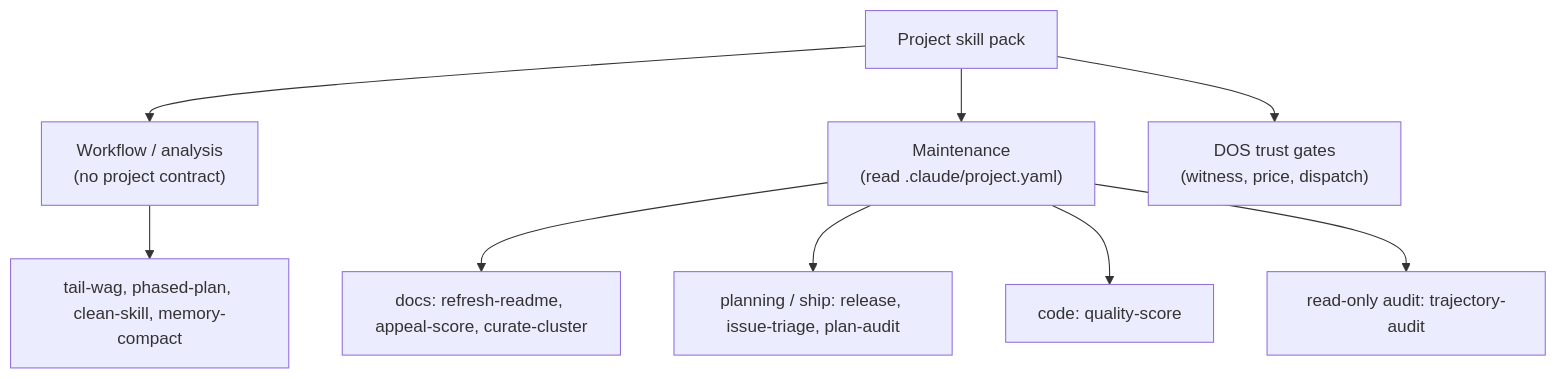
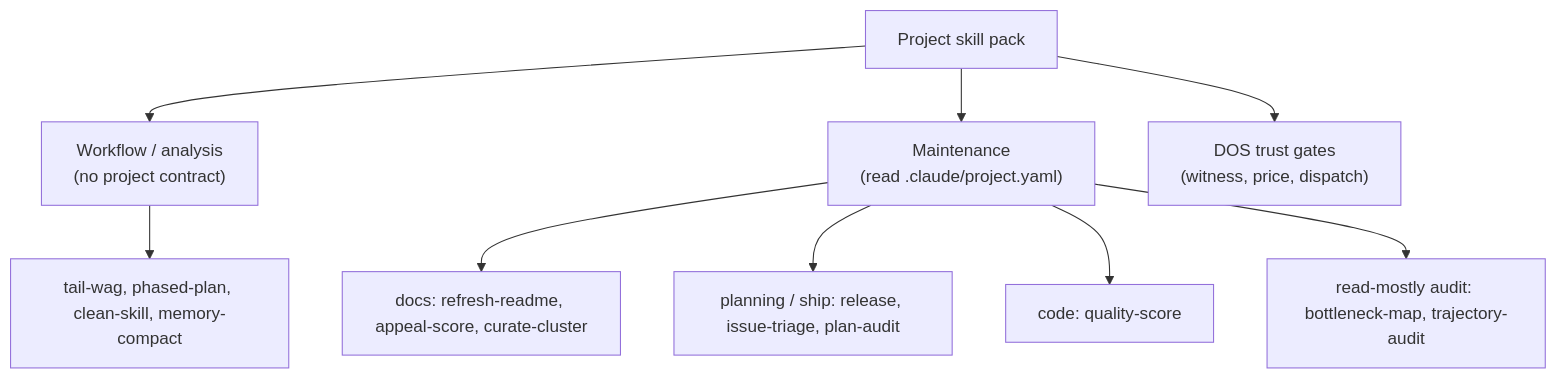
Before and after one commit to anthony-chaudhary/fak: the diagram in .claude/skills/README.md, drawn with Mermaid. The commit also changed other lines of this file and 263 other files, not shown here.

````diff
--- a/.claude/skills/README.md
+++ b/.claude/skills/README.md
@@ -10,11 +10,11 @@
 ```mermaid
 flowchart TD
   Pack["Project skill pack"] --> WF["Workflow / analysis<br/>(no project contract)"]
   Pack --> MN["Maintenance<br/>(read .claude/project.yaml)"]
   WF --> Analysis["tail-wag, phased-plan, clean-skill, memory-compact"]
   MN --> Doc["docs: refresh-readme, appeal-score, curate-cluster"]
   MN --> Plan["planning / ship: release, issue-triage, plan-audit"]
   MN --> Quality["code: quality-score"]
-  MN --> Audit["read-only audit: trajectory-audit"]
+  MN --> Audit["read-mostly audit: bottleneck-map, trajectory-audit"]
   Pack --> DOS["DOS trust gates<br/>(witness, price, dispatch)"]
 ```
````
